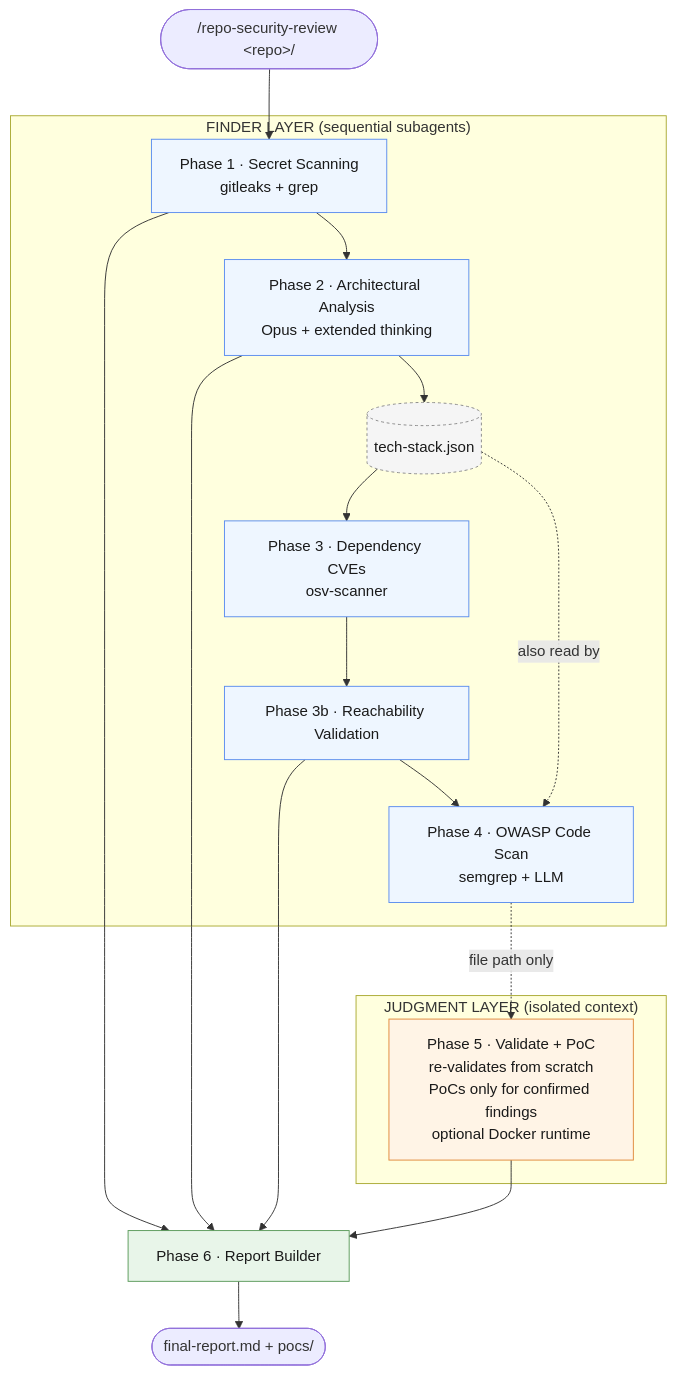
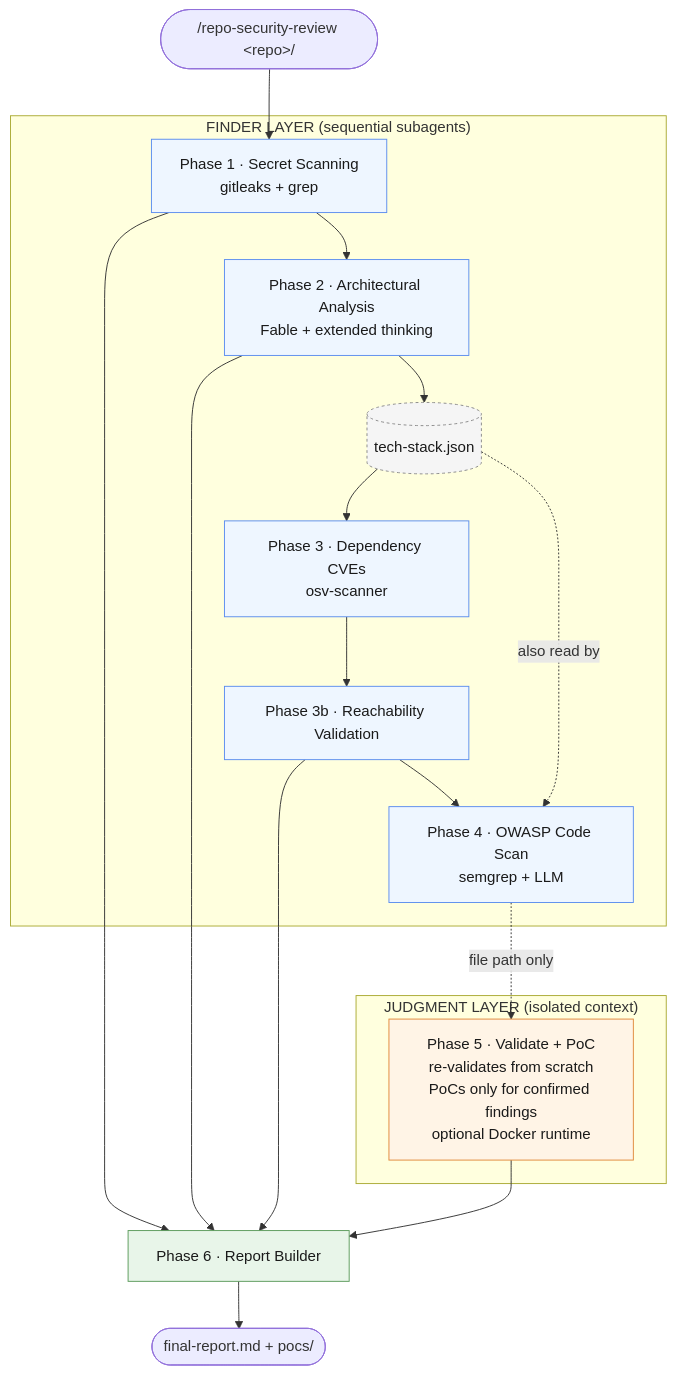
Before and after one commit to Consensys/repo-security-review: the diagram in README.md, drawn with Mermaid. The commit also changed 2 other files, not shown here.

Commit message:
Update after Fable release

````diff
--- a/README.md
+++ b/README.md
@@ -122,41 +122,41 @@
 ```mermaid
 flowchart TD
     Start([/repo-security-review &lt;repo&gt;/]) --> P1
 
     subgraph FINDER["FINDER LAYER (sequential subagents)"]
         P1[Phase 1 · Secret Scanning<br/>gitleaks + grep]
-        P2[Phase 2 · Architectural Analysis<br/>Opus + extended thinking]
+        P2[Phase 2 · Architectural Analysis<br/>Fable + extended thinking]
         TS[(tech-stack.json)]
         P3[Phase 3 · Dependency CVEs<br/>osv-scanner]
         P3b[Phase 3b · Reachability Validation]
         P4[Phase 4 · OWASP Code Scan<br/>semgrep + LLM]
 
         P1 --> P2
         P2 --> TS
         TS --> P3
         P3 --> P3b
         P3b --> P4
         TS -. also read by .-> P4
     end
 
     P4 -. file path only .-> P5
 
     subgraph JUDGMENT["JUDGMENT LAYER (isolated context)"]
         P5[Phase 5 · Validate + PoC<br/>re-validates from scratch<br/>PoCs only for confirmed findings<br/>optional Docker runtime]
     end
 
     P1 --> R[Phase 6 · Report Builder]
     P2 --> R
     P3b --> R
     P5 --> R
     R --> Out([final-report.md + pocs/])
 
     classDef finder fill:#eef6ff,stroke:#5b8def,color:#1a1a1a
     classDef judgment fill:#fff4e6,stroke:#e0883a,color:#1a1a1a
     classDef report fill:#e8f5e9,stroke:#5a9a5a,color:#1a1a1a
     classDef store fill:#f5f5f5,stroke:#888,color:#1a1a1a,stroke-dasharray: 3 3
     class P1,P2,P3,P3b,P4 finder
     class P5 judgment
     class R report
     class TS store
 ```
````
